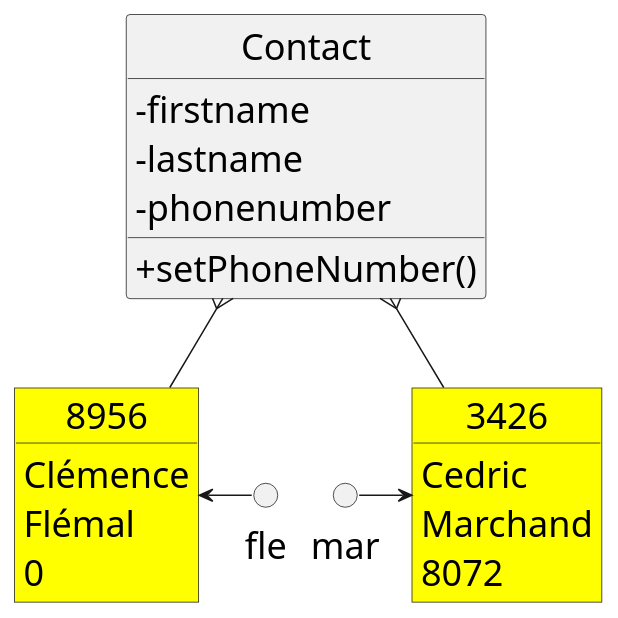
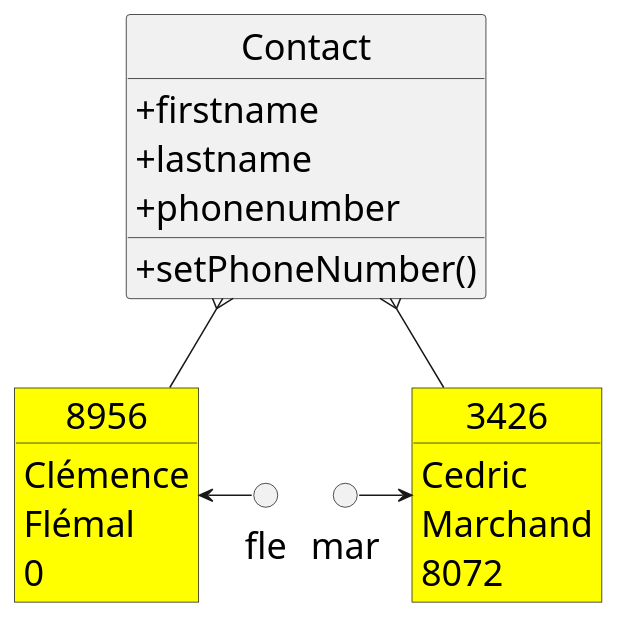
The third of 6 diagrams in docs/courses/poo/slides/deck1/index.md (qlurkin/qlurkin.github.io), drawn with PlantUML before and after one commit. The commit also changed other lines of this file and 5 other files, not shown here.

````diff
--- a/docs/courses/poo/slides/deck1/index.md
+++ b/docs/courses/poo/slides/deck1/index.md
@@ -202,40 +198,40 @@
 ```plantuml {.build}
 @startuml
 hide circle
 skinparam classAttributeIconSize 0
 skinparam object {
 BackgroundColor Yellow
 }
 skinparam defaultFontSize 24
 
 class Contact {
- -firstname
- -lastname
- -phonenumber
+ +firstname
+ +lastname
+ +phonenumber
  +setPhoneNumber()
 }
 
 object 3426 {
   Cedric
   Marchand
   8072
 }
 
 object 8956 {
   Clémence
   Flémal
   0
 }
 
 
 circle mar
 circle fle
 
 Contact }-- 3426
 Contact }-- 8956
 
 mar -right-> 3426
 fle -left-> 8956
 
 @enduml
 ```
````
